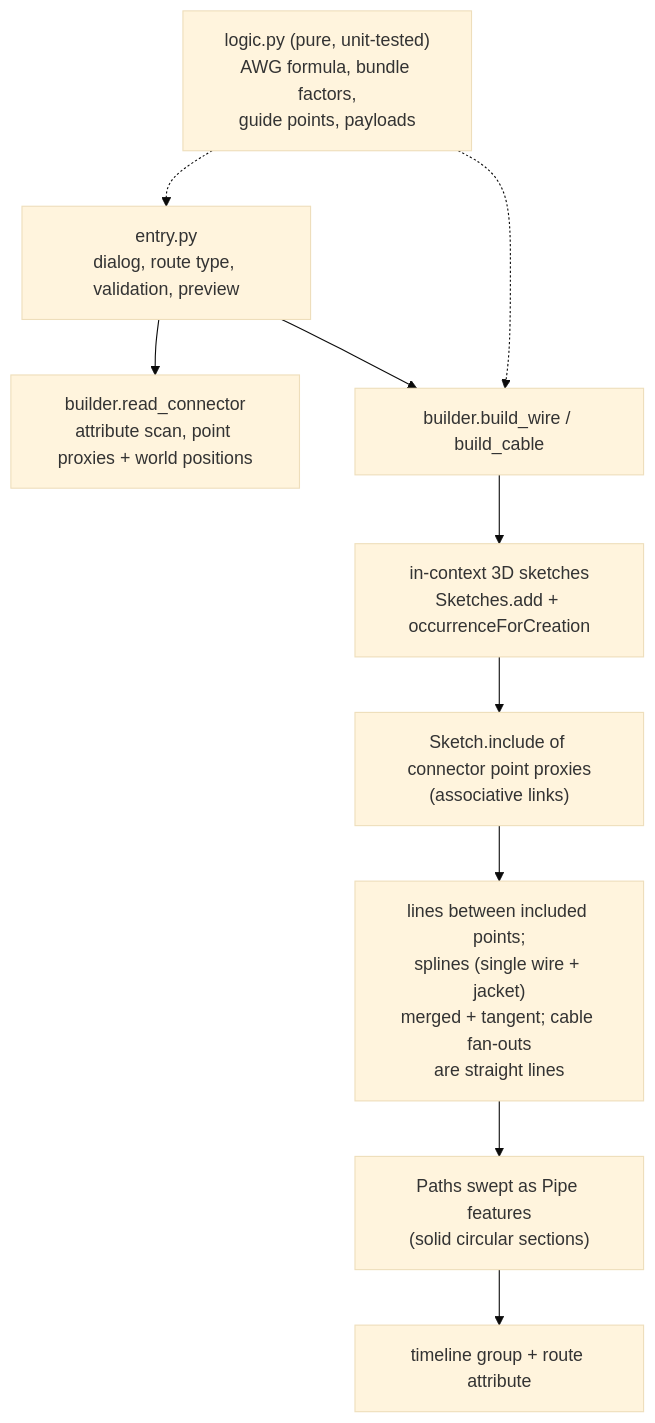
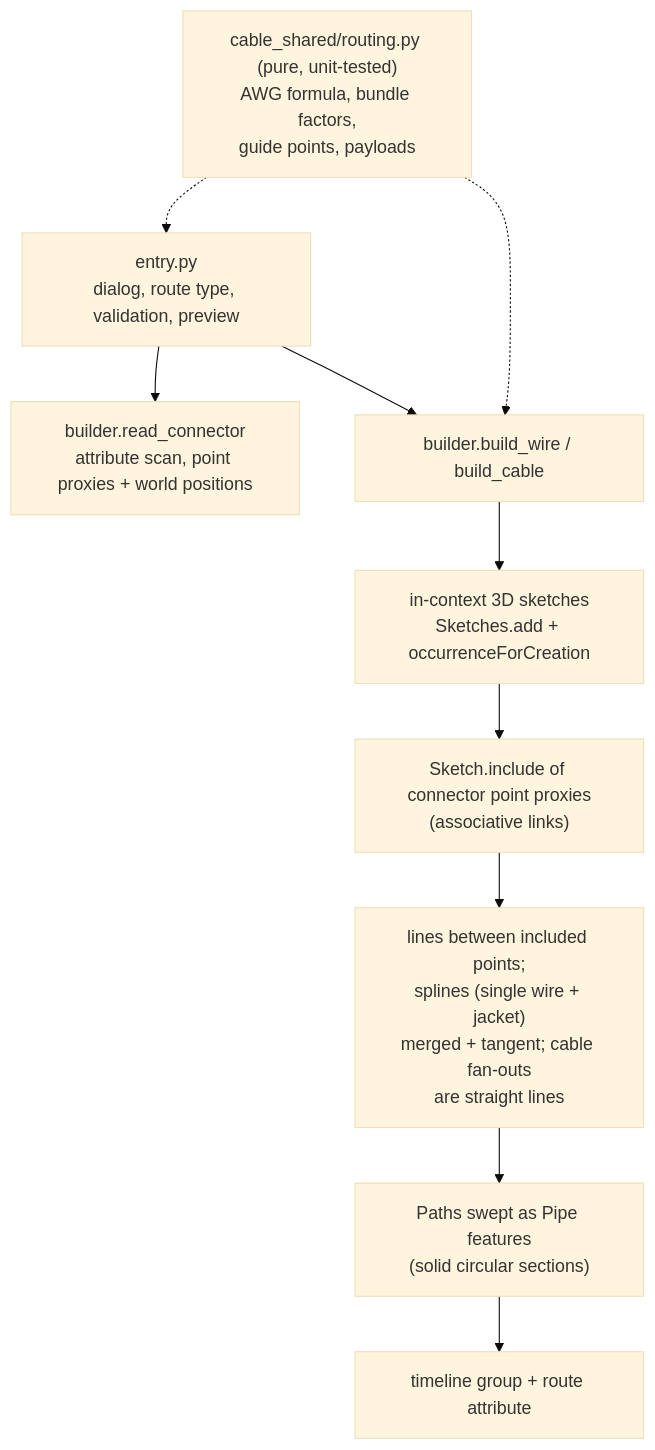
The diagram in docs/arch/Route Wire.md (schneik80/PowerTools), drawn with Mermaid (base theme) before and after one commit. The commit also changed other lines of this file and 15 other files, not shown here.

First line of the commit message:
refactor: move shared cable modules into commands/cable_shared

````diff
--- a/docs/arch/Route Wire.md
+++ b/docs/arch/Route Wire.md
@@ -16,12 +18,12 @@
 ```mermaid
 flowchart TD
     E["entry.py<br/>dialog, route type, validation, preview"] --> RC["builder.read_connector<br/>attribute scan, point proxies + world positions"]
     E --> B["builder.build_wire / build_cable"]
     B --> S["in-context 3D sketches<br/>Sketches.add + occurrenceForCreation"]
     S --> I["Sketch.include of connector point proxies<br/>(associative links)"]
     I --> C["lines between included points;<br/>splines (single wire + jacket)<br/>merged + tangent; cable fan-outs<br/>are straight lines"]
     C --> P["Paths swept as Pipe features<br/>(solid circular sections)"]
     P --> T["timeline group + route attribute"]
-    L["logic.py (pure, unit-tested)<br/>AWG formula, bundle factors,<br/>guide points, payloads"] -.-> E
+    L["cable_shared/routing.py (pure, unit-tested)<br/>AWG formula, bundle factors,<br/>guide points, payloads"] -.-> E
     L -.-> B
 ```
````
